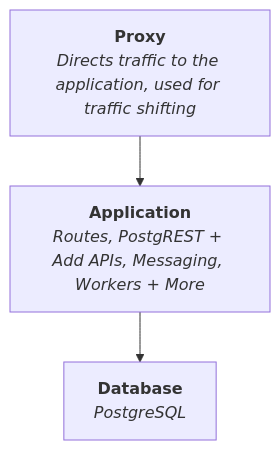
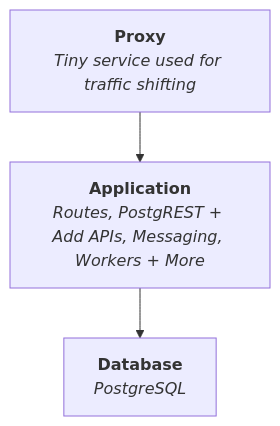
The diagram in README.md (explodinglabs/superstack), drawn with Mermaid before and after one commit.

Commit message:
Adjust readme

````diff
--- a/README.md
+++ b/README.md
@@ -15,6 +15,6 @@
 ```mermaid
 flowchart TD
-    Proxy["<b>Proxy</b><br><i>Directs traffic to the application, used for traffic shifting</i>"]
+    Proxy["<b>Proxy</b><br><i>Tiny service used for traffic shifting</i>"]
     Proxy --> App["<b>Application</b><br><i>Routes, PostgREST + Add APIs, Messaging, Workers + More</i>"]
     App --> Database["<b>Database</b><br><i>PostgreSQL</i>"]
 ```
````
